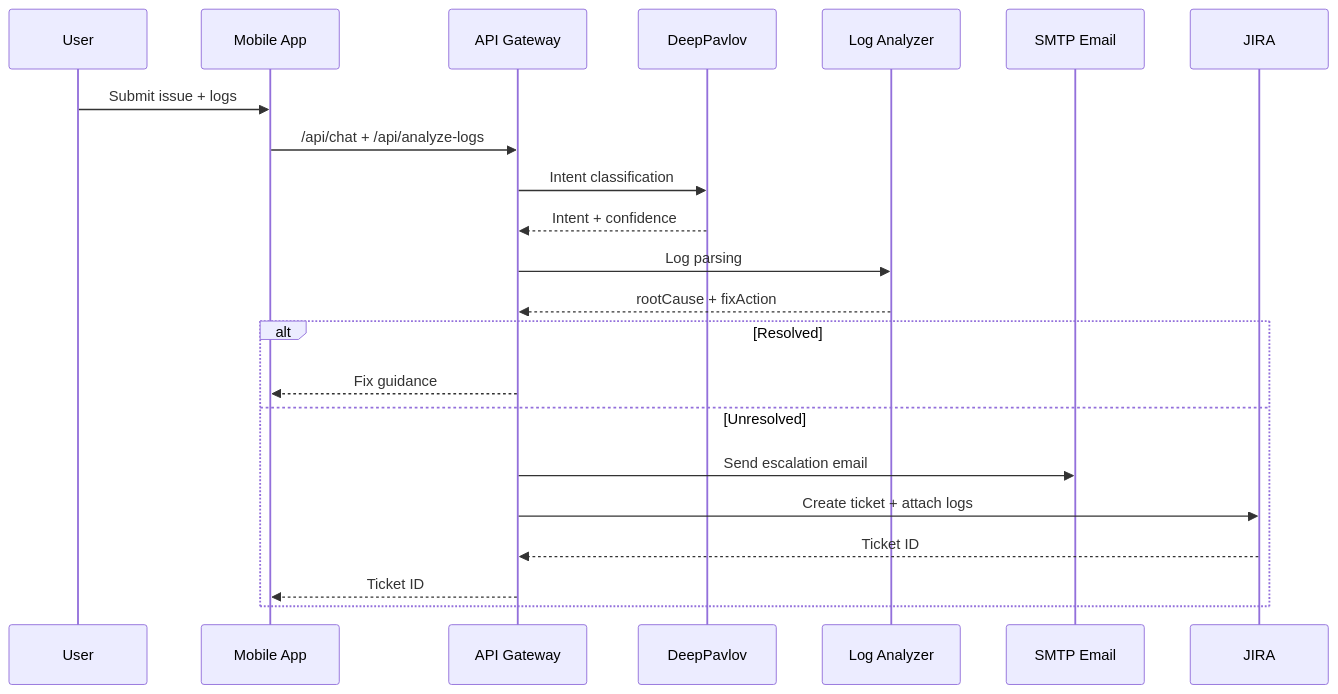
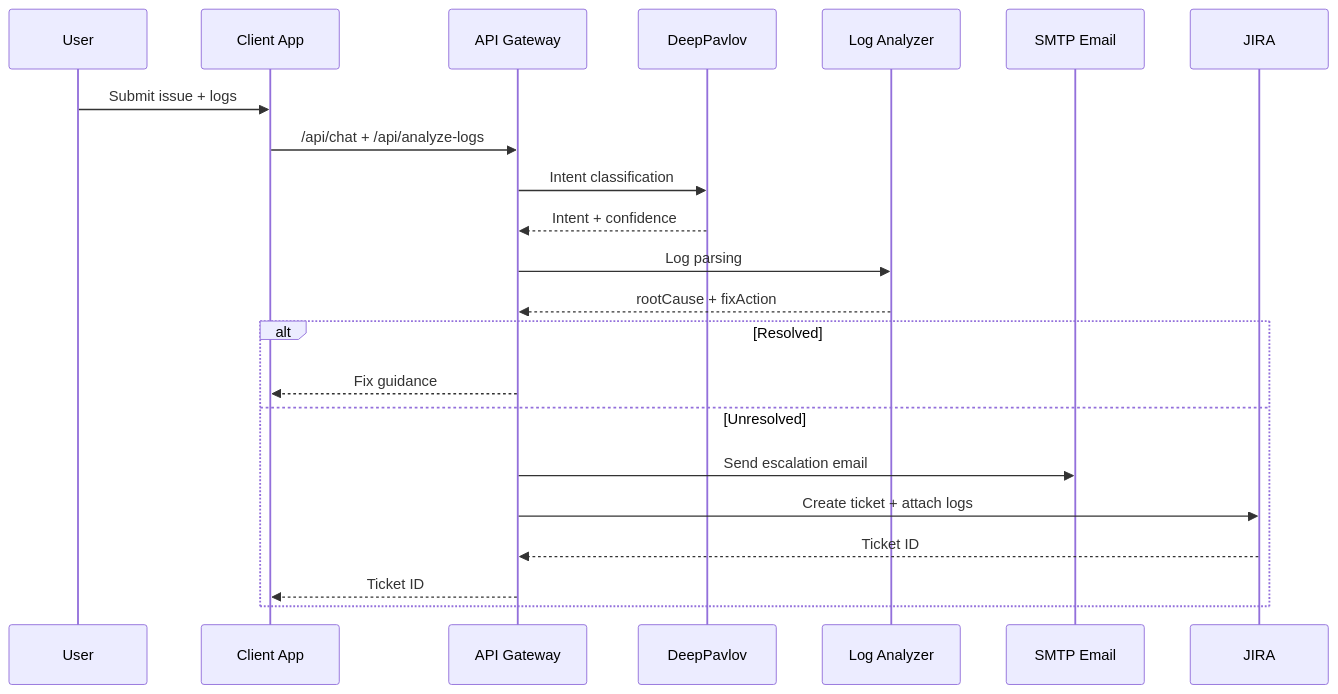
One commit to winitramesh2/AegisAgent changed the third of 3 diagrams in docs/DIAGRAMS.md. Above: the diagram before and after it, drawn with Mermaid. The commit also changed other lines of this file and 4 other files, not shown here.

Commit message:
Unify client app terminology and simplify architecture

````diff
--- a/docs/DIAGRAMS.md
+++ b/docs/DIAGRAMS.md
@@ -44,25 +42,25 @@
 ```mermaid
 sequenceDiagram
   participant U as User
-  participant M as Mobile App
+  participant M as Client App
   participant A as API Gateway
   participant D as DeepPavlov
   participant L as Log Analyzer
   participant E as SMTP Email
   participant J as JIRA
 
   U->>M: Submit issue + logs
   M->>A: /api/chat + /api/analyze-logs
   A->>D: Intent classification
   D-->>A: Intent + confidence
   A->>L: Log parsing
   L-->>A: rootCause + fixAction
   alt Resolved
     A-->>M: Fix guidance
   else Unresolved
     A->>E: Send escalation email
     A->>J: Create ticket + attach logs
     J-->>A: Ticket ID
     A-->>M: Ticket ID
   end
 ```
````
